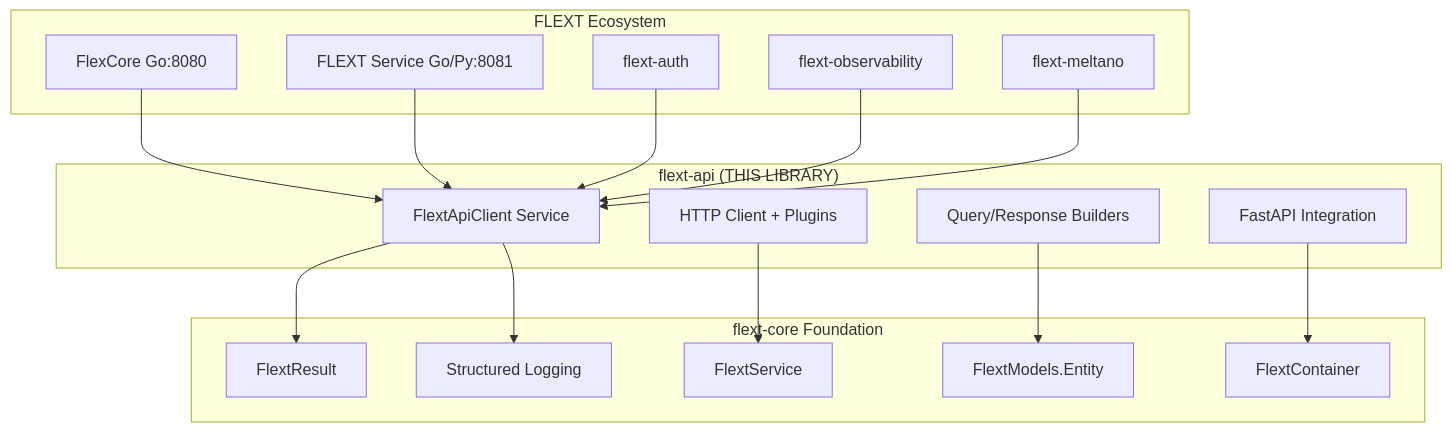
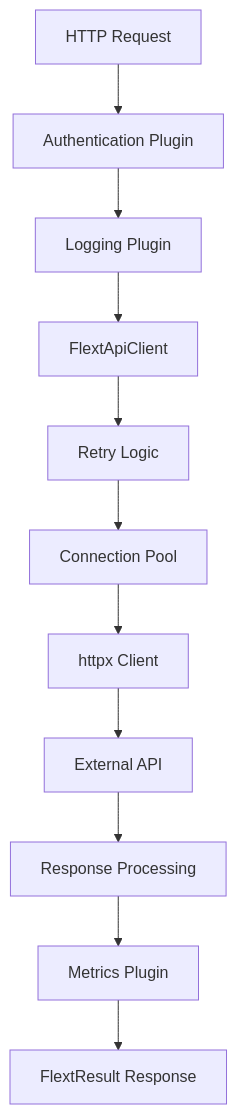
The second of 2 diagrams in docs/architecture.md (flext-sh/flext-api), drawn with Mermaid before and after one commit. The commit also changed other lines of this file and 55 other files, not shown here.

````diff
--- a/docs/architecture.md
+++ b/docs/architecture.md
@@ -15,37 +223,13 @@
 ```mermaid
-graph TB
-    subgraph "FLEXT Ecosystem"
-        FC[FlexCore Go:8080]
-        FS[FLEXT Service Go/Py:8081]
-        AUTH[flext-auth]
-        OBS[flext-observability]
-        MELT[flext-meltano]
-    end
-
-    subgraph "flext-api (THIS LIBRARY)"
-        API[FlextApiClient Service]
-        CLIENT[HTTP Client + Plugins]
-        BUILDER[Query/Response Builders]
-        APP[FastAPI Integration]
-    end
-
-    subgraph "flext-core Foundation"
-        RESULT[FlextResult<T>]
-        SERVICE[FlextService]
-        ENTITY[FlextModels.Entity]
-        CONTAINER[FlextContainer]
-        LOG[Structured Logging]
-    end
-
-    FC --> API
-    FS --> API
-    AUTH --> API
-    OBS --> API
-    MELT --> API
-
-    API --> RESULT
-    CLIENT --> SERVICE
-    BUILDER --> ENTITY
-    APP --> CONTAINER
-    API --> LOG
+graph TD
+    A[HTTP Request] --> B[Authentication Plugin]
+    B --> C[Logging Plugin]
+    C --> D[FlextApiClient]
+    D --> E[Retry Logic]
+    E --> F[Connection Pool]
+    F --> G[httpx Client]
+    G --> H[External API]
+    H --> I[Response Processing]
+    I --> J[Metrics Plugin]
+    J --> K[FlextResult Response]
 ```
````
